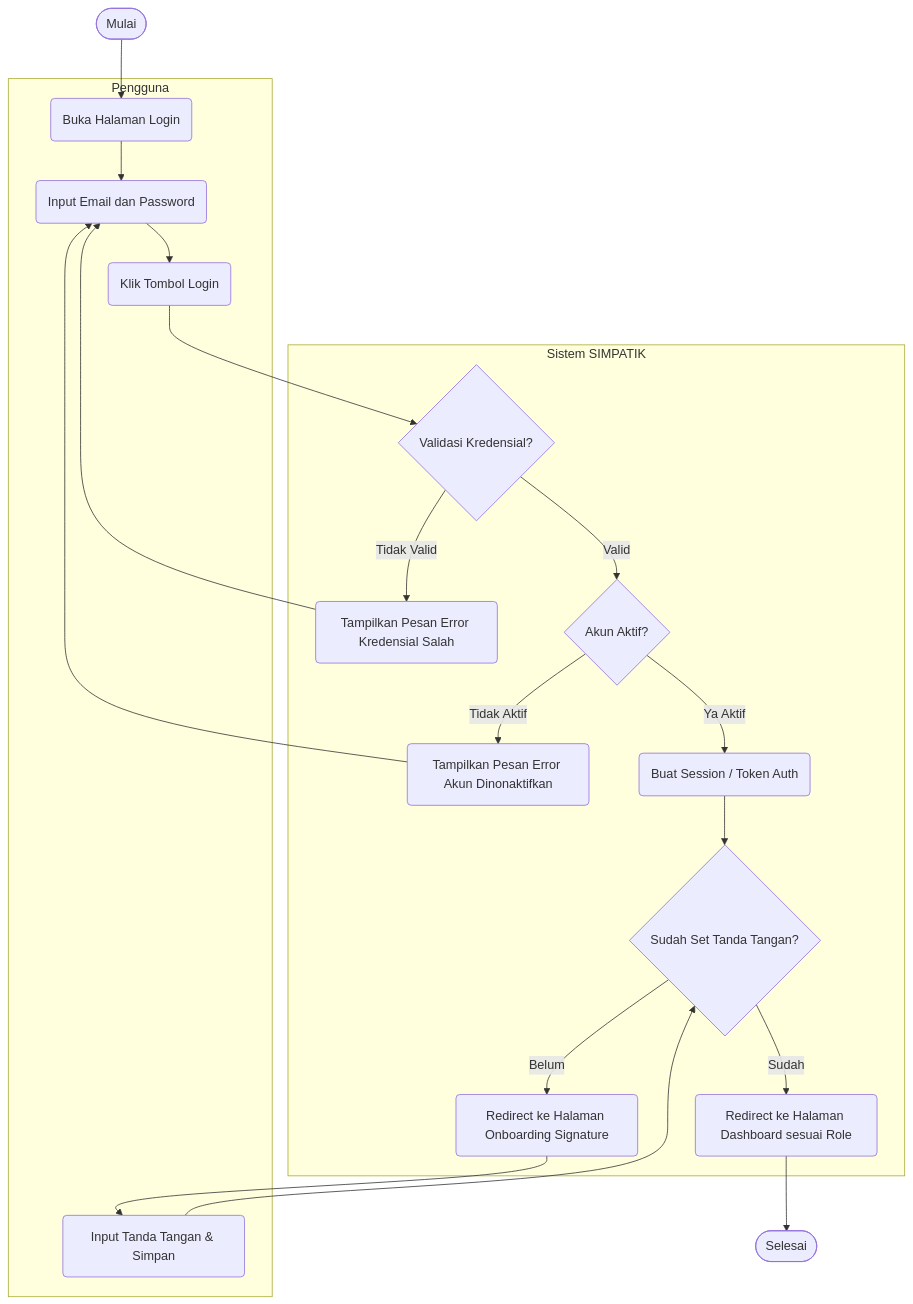
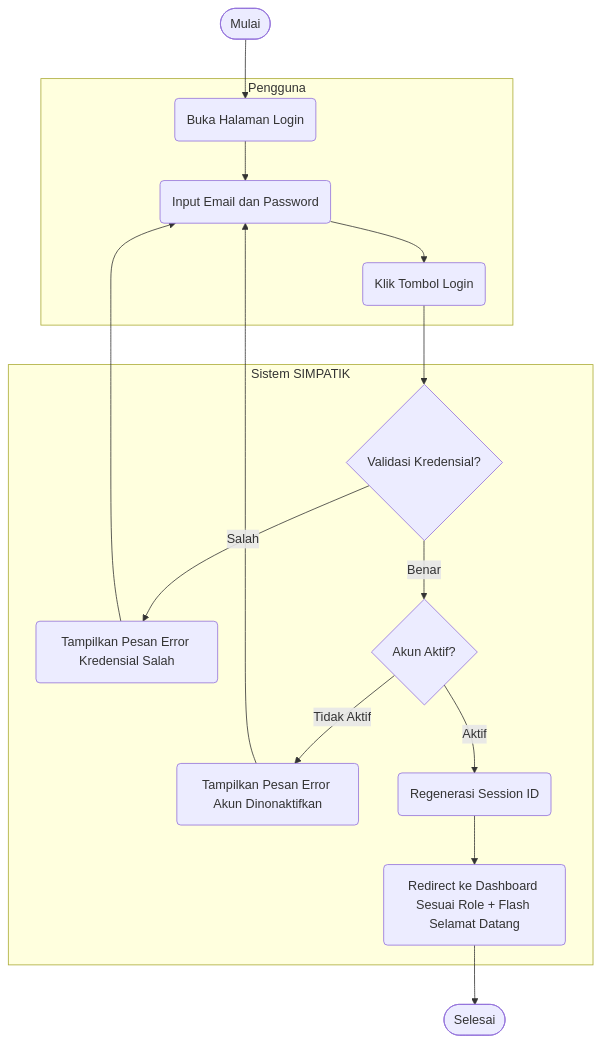
The first of 14 diagrams in laporan_activity_diagram.md (wahyu2021/SIMPATIK), drawn with Mermaid before and after one commit. The commit also changed other lines of this file and 5 other files, not shown here.

````diff
--- a/laporan_activity_diagram.md
+++ b/laporan_activity_diagram.md
@@ -22,45 +22,36 @@
 ```mermaid
 flowchart TD
     Start([Mulai])
     End([Selesai])
 
-    subgraph User [Pengguna]
+    subgraph Pengguna [Pengguna]
         A(Buka Halaman Login)
         B(Input Email dan Password)
         C(Klik Tombol Login)
-        J(Input Tanda Tangan & Simpan)
     end
 
     subgraph Sistem [Sistem SIMPATIK]
         D{Validasi Kredensial?}
         E(Tampilkan Pesan Error Kredensial Salah)
         F{Akun Aktif?}
         G(Tampilkan Pesan Error Akun Dinonaktifkan)
-        H(Buat Session / Token Auth)
-        K{Sudah Set Tanda Tangan?}
-        L(Redirect ke Halaman Onboarding Signature)
-        I(Redirect ke Halaman Dashboard sesuai Role)
+        H(Regenerasi Session ID)
+        I(Redirect ke Dashboard Sesuai Role + Flash Selamat Datang)
     end
 
     Start --> A
     A --> B
     B --> C
     C --> D
-    
-    D -- Tidak Valid --> E
+
+    D -- Salah --> E
     E --> B
-    
-    D -- Valid --> F
+
+    D -- Benar --> F
     F -- Tidak Aktif --> G
     G --> B
-    
-    F -- Ya Aktif --> H
-    H --> K
-    
-    K -- Belum --> L
-    L --> J
-    J --> K
-    
-    K -- Sudah --> I
+
+    F -- Aktif --> H
+    H --> I
     I --> End
 ```
````
